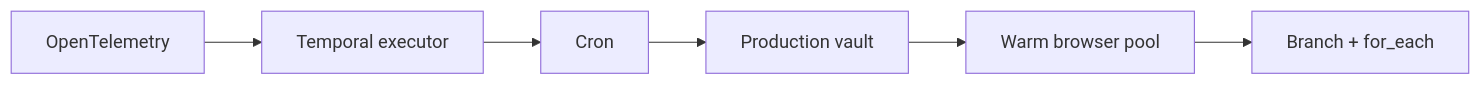
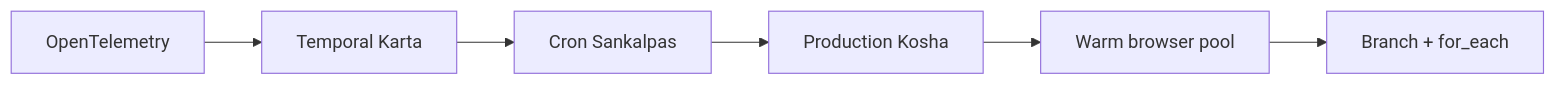
The fourth of 5 diagrams in documentation/src/05-Roadmap.md (so-weak/Aakaar), drawn with Mermaid before and after one commit. The commit also changed other lines of this file and 56 other files, not shown here.

````diff
--- a/documentation/src/05-Roadmap.md
+++ b/documentation/src/05-Roadmap.md
@@ -152,8 +152,8 @@
 ```mermaid
 flowchart LR
-  P2A["OpenTelemetry"] --> P2B["Temporal executor"]
-  P2B --> P2C["Cron"]
-  P2C --> P2D["Production vault"]
+  P2A["OpenTelemetry"] --> P2B["Temporal Karta"]
+  P2B --> P2C["Cron Sankalpas"]
+  P2C --> P2D["Production Kosha"]
   P2D --> P2E["Warm browser pool"]
   P2E --> P2F["Branch + for_each"]
 ```
````
